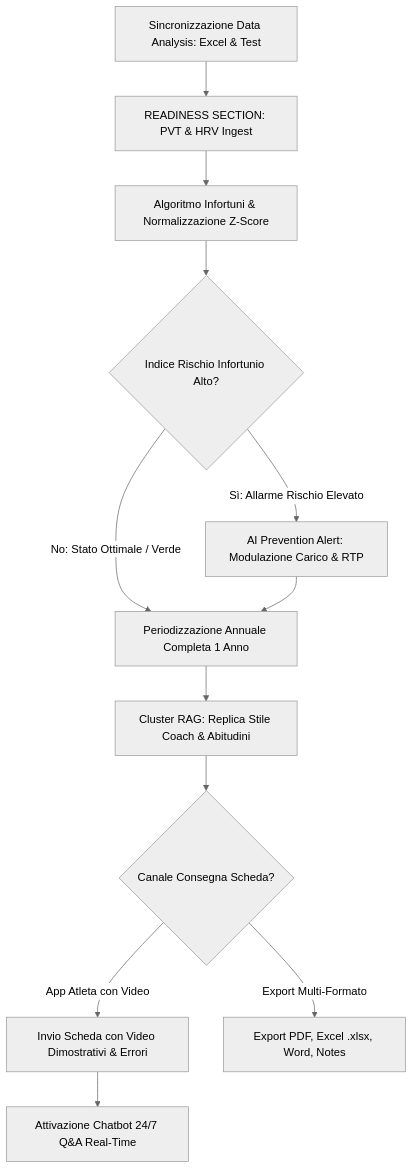
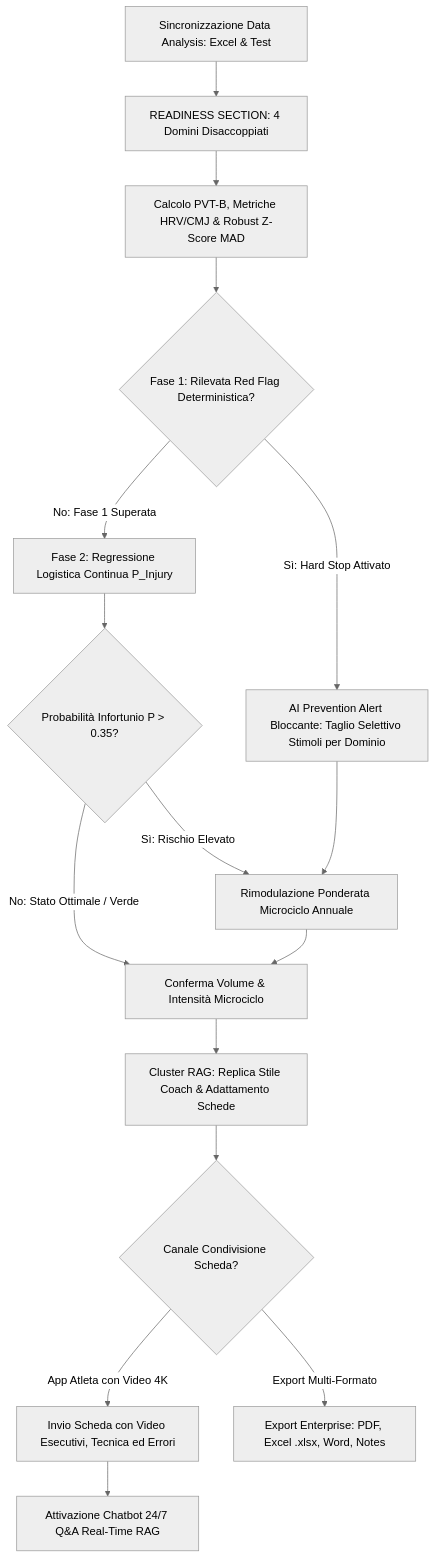
The second of 2 diagrams in architecture-blueprint/00-capitolato-tecnico-e-glossario/15-software-3-flow-3c-team-microcycle-mdx.md (sportscience2025-star/Sports-Analytics-Platform---T7-Workout-APP), drawn with Mermaid (neutral theme) before and after one commit. The commit also changed other lines of this file and 10 other files, not shown here.

Commit message:
feat(flow-15): update flowchart 15 readiness & pvt-b specifications, miro board live and glossary

````diff
--- a/architecture-blueprint/00-capitolato-tecnico-e-glossario/15-software-3-flow-3c-team-microcycle-mdx.md
+++ b/architecture-blueprint/00-capitolato-tecnico-e-glossario/15-software-3-flow-3c-team-microcycle-mdx.md
@@ -118,18 +167,23 @@
 ```mermaid
 flowchart TD
-    UI_SYNC[Sincronizzazione Data Analysis: Excel & Test] --> UI_READY[READINESS SECTION: PVT & HRV Ingest]
-    UI_READY --> SRV_CALC[Algoritmo Infortuni & Normalizzazione Z-Score]
-    SRV_CALC --> DEC_RISK{Indice Rischio Infortunio Alto?}
+    UI_SYNC[Sincronizzazione Data Analysis: Excel & Test] --> UI_READY[READINESS SECTION: 4 Domini Disaccoppiati]
+    UI_READY --> SRV_CALC[Calcolo PVT-B, Metriche HRV/CMJ & Robust Z-Score MAD]
+    SRV_CALC --> DEC_PHASE1{Fase 1: Rilevata Red Flag Deterministica?}
 
-    DEC_RISK -->|Sì: Allarme Rischio Elevato| UI_ALERT[AI Prevention Alert: Modulazione Carico & RTP]
-    DEC_RISK -->|No: Stato Ottimale / Verde| UI_PLAN[Periodizzazione Annuale Completa 1 Anno]
+    DEC_PHASE1 -->|Sì: Hard Stop Attivato| UI_HARD_STOP[AI Prevention Alert Bloccante: Taglio Selettivo Stimoli per Dominio]
+    DEC_PHASE1 -->|No: Fase 1 Superata| SRV_PHASE2[Fase 2: Regressione Logistica Continua P_Injury]
 
-    UI_ALERT --> UI_PLAN
-    UI_PLAN --> UI_RAG[Cluster RAG: Replica Stile Coach & Abitudini]
-    UI_RAG --> DEC_DELIVERY{Canale Consegna Scheda?}
+    SRV_PHASE2 --> DEC_RISK_LEVEL{Probabilità Infortunio P > 0.35?}
+    DEC_RISK_LEVEL -->|Sì: Rischio Elevato| UI_MODULATE[Rimodulazione Ponderata Microciclo Annuale]
+    DEC_RISK_LEVEL -->|No: Stato Ottimale / Verde| UI_PLAN[Conferma Volume & Intensità Microciclo]
 
-    DEC_DELIVERY -->|App Atleta con Video| UI_SHARE_VIDEO[Invio Scheda con Video Dimostrativi & Errori]
-    DEC_DELIVERY -->|Export Multi-Formato| UI_EXP[Export PDF, Excel .xlsx, Word, Notes]
+    UI_HARD_STOP --> UI_MODULATE
+    UI_MODULATE --> UI_PLAN
+    UI_PLAN --> UI_RAG[Cluster RAG: Replica Stile Coach & Adattamento Schede]
+    UI_RAG --> DEC_DELIVERY{Canale Condivisione Scheda?}
 
-    UI_SHARE_VIDEO --> UI_CHATBOT[Attivazione Chatbot 24/7 Q&A Real-Time]
+    DEC_DELIVERY -->|App Atleta con Video 4K| UI_SHARE_VIDEO[Invio Scheda con Video Esecutivi, Tecnica ed Errori]
+    DEC_DELIVERY -->|Export Multi-Formato| UI_EXP[Export Enterprise: PDF, Excel .xlsx, Word, Notes]
+
+    UI_SHARE_VIDEO --> UI_CHATBOT[Attivazione Chatbot 24/7 Q&A Real-Time RAG]
 ```
````
